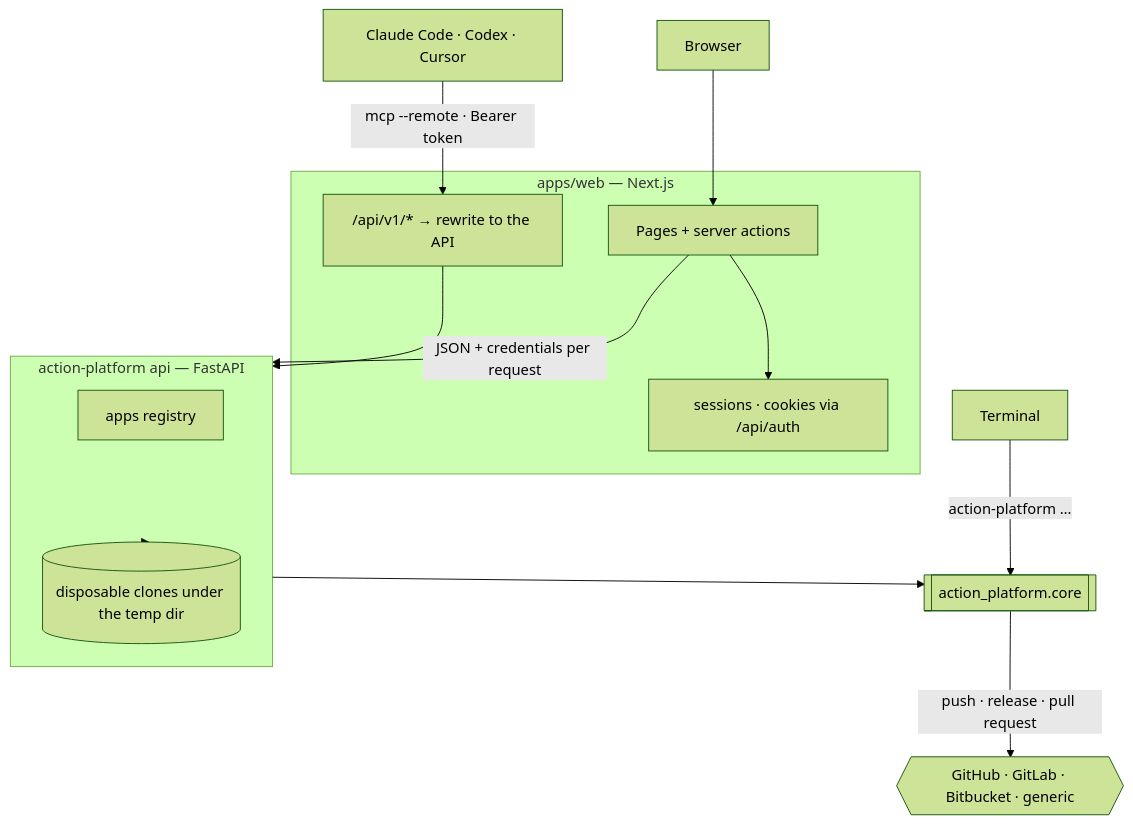
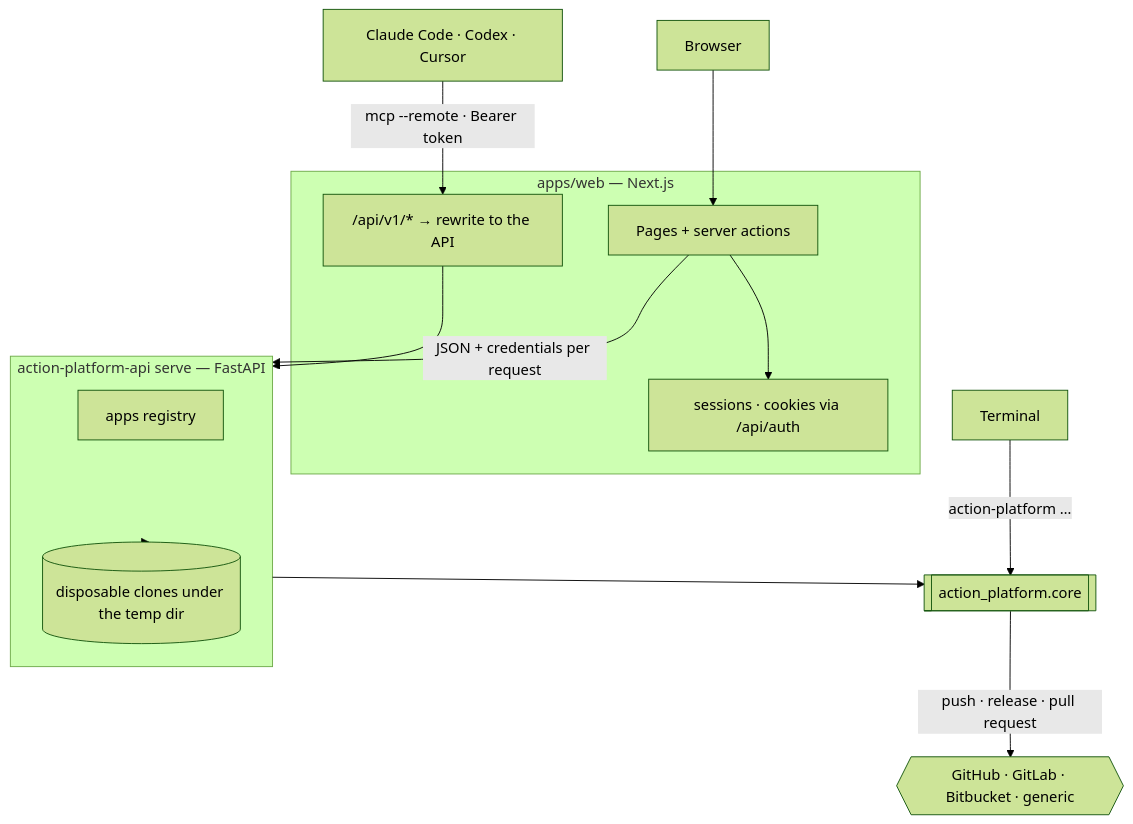
The first of 3 diagrams in docs/contribute_architecture.md (actionplatform/action-platform), drawn with Mermaid (forest theme) before and after one commit. The commit also changed other lines of this file and 272 other files, not shown here.

````diff
--- a/docs/contribute_architecture.md
+++ b/docs/contribute_architecture.md
@@ -3,30 +3,30 @@
 ```mermaid
 flowchart TB
     browser[Browser]
     agent[Claude Code · Codex · Cursor]
     term[Terminal]
 
     subgraph web["apps/web — Next.js"]
         ui[Pages + server actions]
         auth[sessions · cookies via /api/auth]
         v1["/api/v1/* → rewrite to the API"]
     end
 
-    subgraph api["action-platform api — FastAPI"]
+    subgraph api["action-platform-api serve — FastAPI"]
         reg[apps registry]
         ws[(disposable clones under the temp dir)]
     end
 
     core[[action_platform.core]]
     hosts{{GitHub · GitLab · Bitbucket · generic}}
 
     browser --> ui
     ui --> auth
     ui -->|"JSON + credentials per request"| api
     agent -->|"mcp --remote · Bearer token"| v1
     v1 --> api
     term -->|"action-platform …"| core
     api --> core
     api --> ws
     core -->|"push · release · pull request"| hosts
 ```
````
